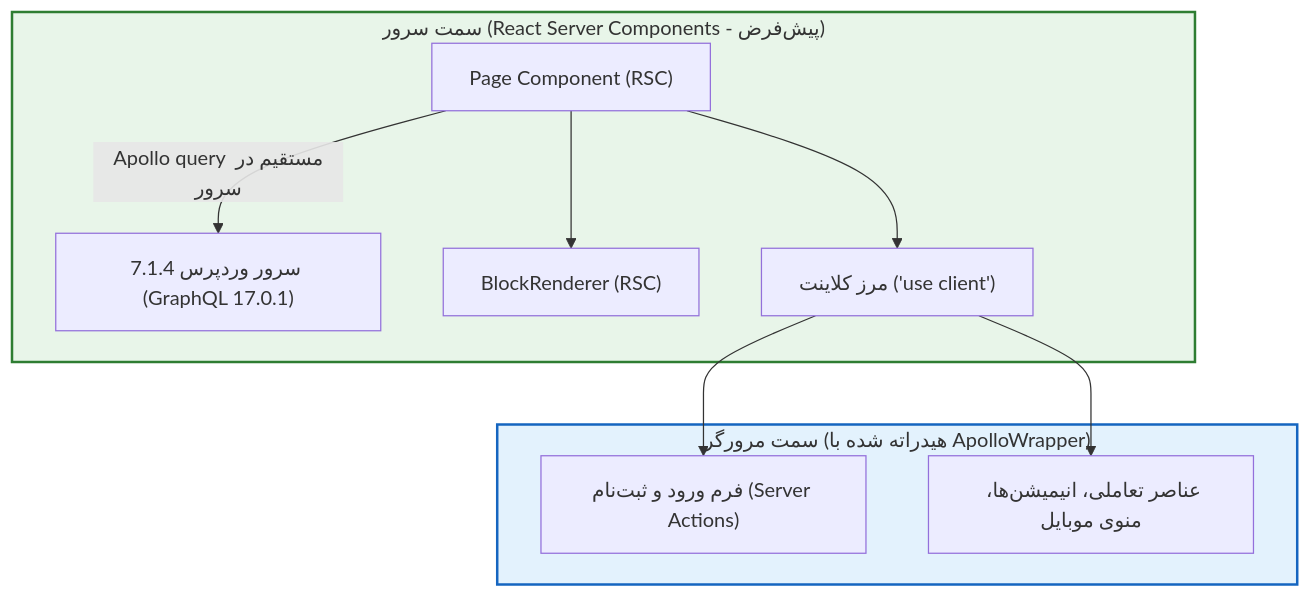
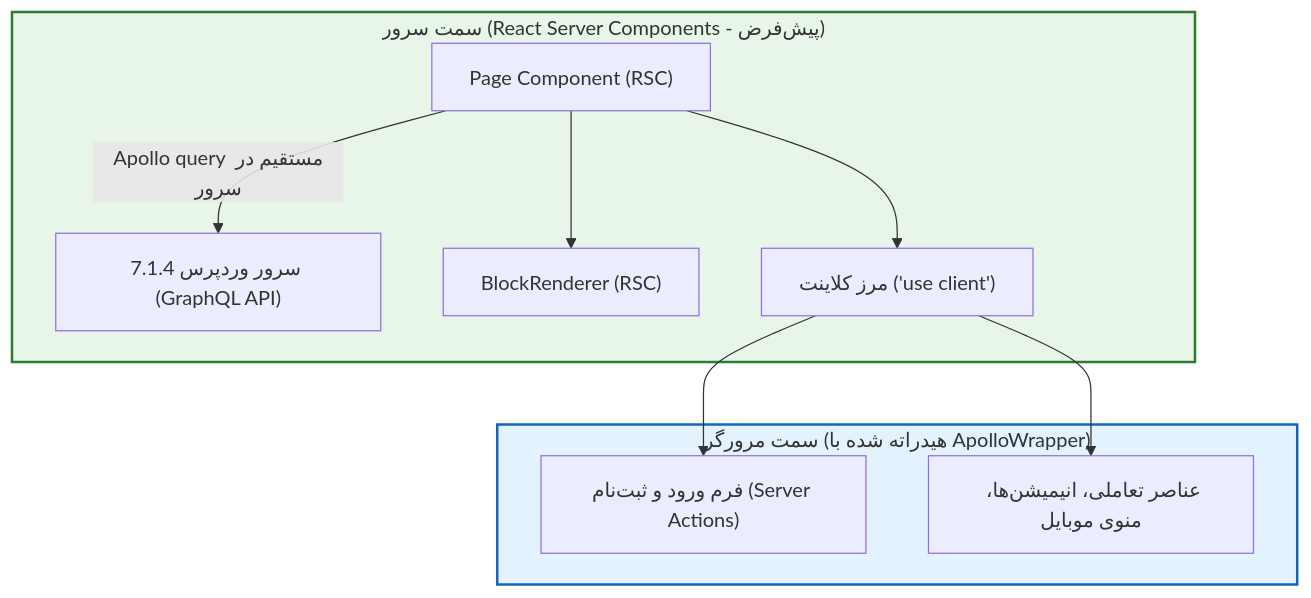
One commit to herehossein/headlessWP-nextJS changed the diagram in book/07-nextjs-setup-app-router.md. Above: the diagram before and after it, drawn with Mermaid. The commit also changed other lines of this file and 11 other files, not shown here.

First line of the commit message:
fix(book): resolve factual inaccuracies, deprecations, and auth architecture

````diff
--- a/book/07-nextjs-setup-app-router.md
+++ b/book/07-nextjs-setup-app-router.md
@@ -73,16 +73,16 @@
 ```mermaid
 flowchart TD
     subgraph ServerSide["سمت سرور (React Server Components - پیش‌فرض)"]
-        Page["Page Component (RSC)"] -->|"Apollo query مستقیم در سرور"| WP["سرور وردپرس 7.1.4 (GraphQL 17.0.1)"]
+        Page["Page Component (RSC)"] -->|"Apollo query مستقیم در سرور"| WP["سرور وردپرس 7.1.4 (GraphQL API)"]
         Page --> BlockRenderer["BlockRenderer (RSC)"]
         Page --> Boundary["مرز کلاینت ('use client')"]
     end
 
     subgraph ClientSide["سمت مرورگر (هیدراته شده با ApolloWrapper)"]
         Boundary --> Form["فرم ورود و ثبت‌نام (Server Actions)"]
         Boundary --> Interactive["عناصر تعاملی، انیمیشن‌ها، منوی موبایل"]
     end
 
     style ServerSide fill:#e8f5e9,stroke:#2e7d32,stroke-width:2px
     style ClientSide fill:#e3f2fd,stroke:#1565c0,stroke-width:2px
 ```
````
